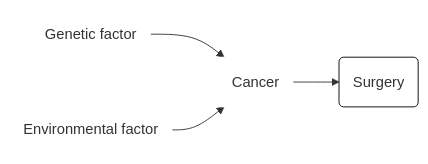
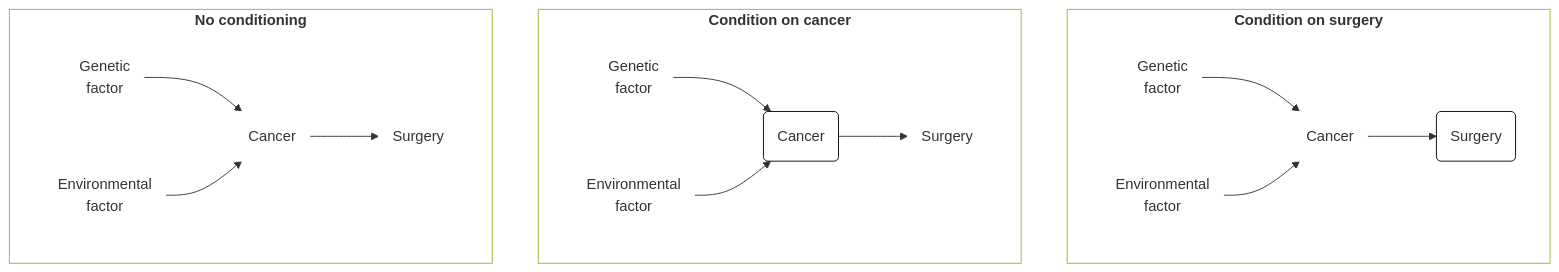
Before and after one commit to birth-outcomes/birth_outcomes_summary: the seventh of 11 diagrams in book_birth_outcomes_summary/design_dag_1.md, drawn with Mermaid. The commit also changed other lines of this file, not shown here.

`````diff
--- a/book_birth_outcomes_summary/design_dag_1.md
+++ b/book_birth_outcomes_summary/design_dag_1.md
@@ -221,15 +199,43 @@
 ````{mermaid}
-  flowchart LR;
+  flowchart TD;
 
-    gene("Genetic factor"):::white;
-    env("Environmental factor"):::white;
-    cancer("Cancer"):::white;
-    surgery("Surgery"):::black;
+    con_sur:::outline;
+    subgraph con_sur["`**Condition on surgery**`"]
+      gene3("Genetic<br>factor"):::white;
+      env3("Environmental<br>factor"):::white;
+      cancer3("Cancer"):::white;
+      surgery3("Surgery"):::black;
+    end
+
+    gene3 --> cancer3;
+    env3 --> cancer3;
+    cancer3 --> surgery3;
+
+    con_cancer:::outline;
+    subgraph con_cancer["`**Condition on cancer**`"]
+      gene2("Genetic<br>factor"):::white;
+      env2("Environmental<br>factor"):::white;
+      cancer2("Cancer"):::black;
+      surgery2("Surgery"):::white;
+    end
+
+    gene2 --> cancer2;
+    env2 --> cancer2;
+    cancer2 --> surgery2;
+
+    none:::outline;
+    subgraph none["`**No conditioning**`"]
+      gene("Genetic<br>factor"):::white;
+      env("Environmental<br>factor"):::white;
+      cancer("Cancer"):::white;
+      surgery("Surgery"):::white;
+    end
 
     gene --> cancer;
     env --> cancer;
     cancer --> surgery;
 
     classDef white fill:#FFFFFF, stroke:#FFFFFF
     classDef black fill:#FFFFFF, stroke:#000000
+    classDef outline fill:#FFFFFF;
 ````
`````
